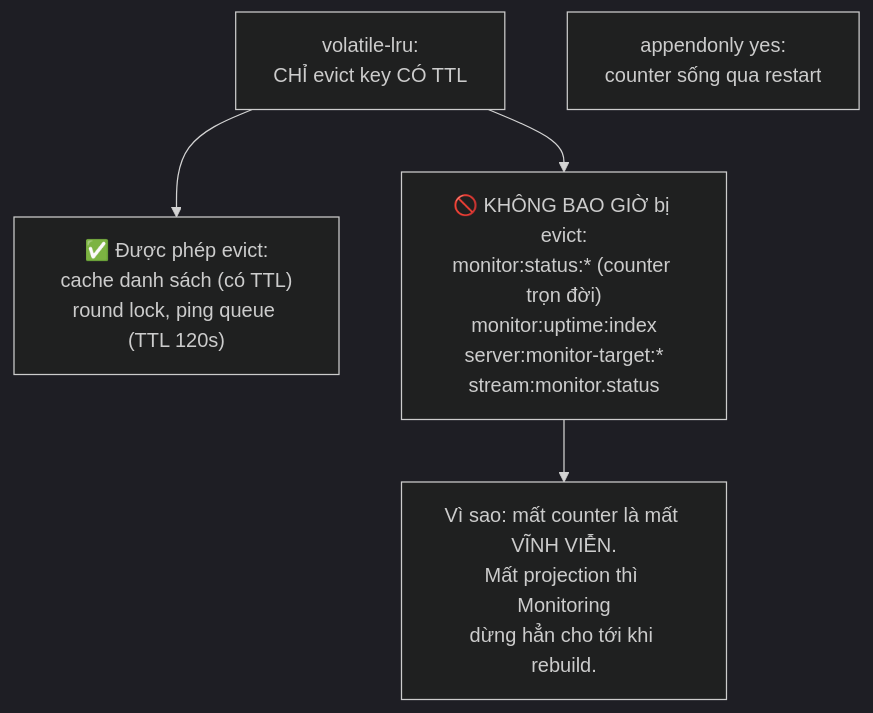
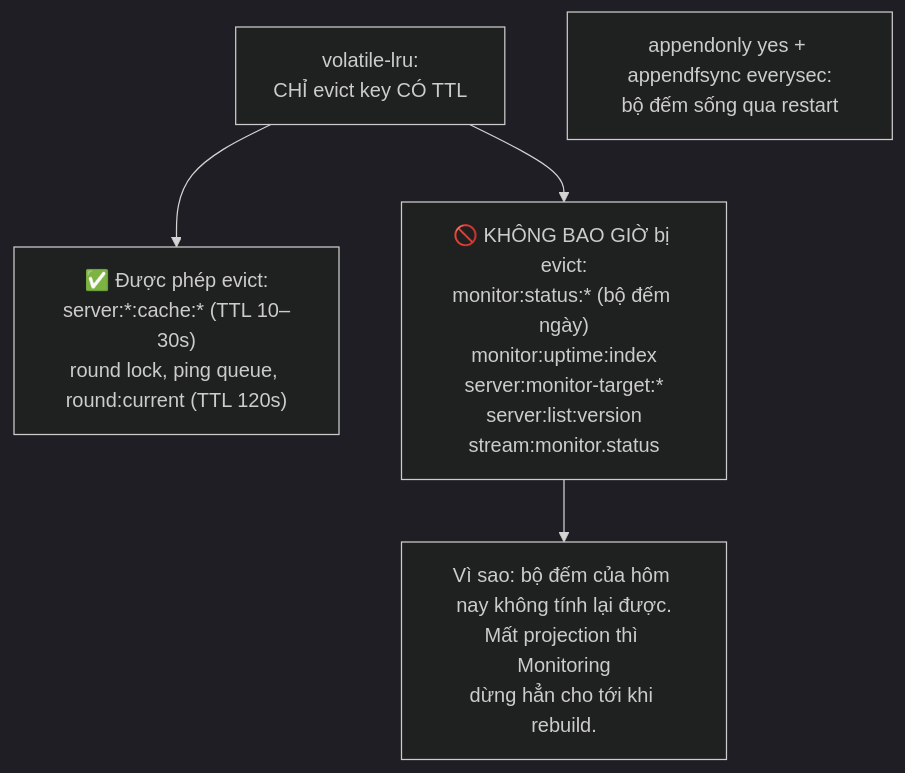
Before and after one commit to dwchwang/sms_microservice: the fourth of 6 diagrams in .claude/diagrams/deployment-diagram.md, drawn with Mermaid (dark theme). The commit also changed other lines of this file and 24 other files, not shown here.

````diff
--- a/.claude/diagrams/deployment-diagram.md
+++ b/.claude/diagrams/deployment-diagram.md
@@ -137,11 +157,11 @@
 ```mermaid
 graph TB
     A["volatile-lru:<br/>CHỈ evict key CÓ TTL"]
 
-    A --> B["✅ Được phép evict:<br/>cache danh sách (có TTL)<br/>round lock, ping queue (TTL 120s)"]
-    A --> C["🚫 KHÔNG BAO GIỜ bị evict:<br/>monitor:status:* (counter trọn đời)<br/>monitor:uptime:index<br/>server:monitor-target:*<br/>stream:monitor.status"]
+    A --> B["✅ Được phép evict:<br/>server:*:cache:* (TTL 10–30s)<br/>round lock, ping queue, round:current (TTL 120s)"]
+    A --> C["🚫 KHÔNG BAO GIỜ bị evict:<br/>monitor:status:* (bộ đếm ngày)<br/>monitor:uptime:index<br/>server:monitor-target:*<br/>server:list:version<br/>stream:monitor.status"]
 
-    C --> D["Vì sao: mất counter là mất VĨNH VIỄN.<br/>Mất projection thì Monitoring<br/>dừng hẳn cho tới khi rebuild."]
+    C --> D["Vì sao: bộ đếm của hôm nay không tính lại được.<br/>Mất projection thì Monitoring<br/>dừng hẳn cho tới khi rebuild."]
 
-    E["appendonly yes:<br/>counter sống qua restart"]
+    E["appendonly yes + appendfsync everysec:<br/>bộ đếm sống qua restart"]
 ```
````
